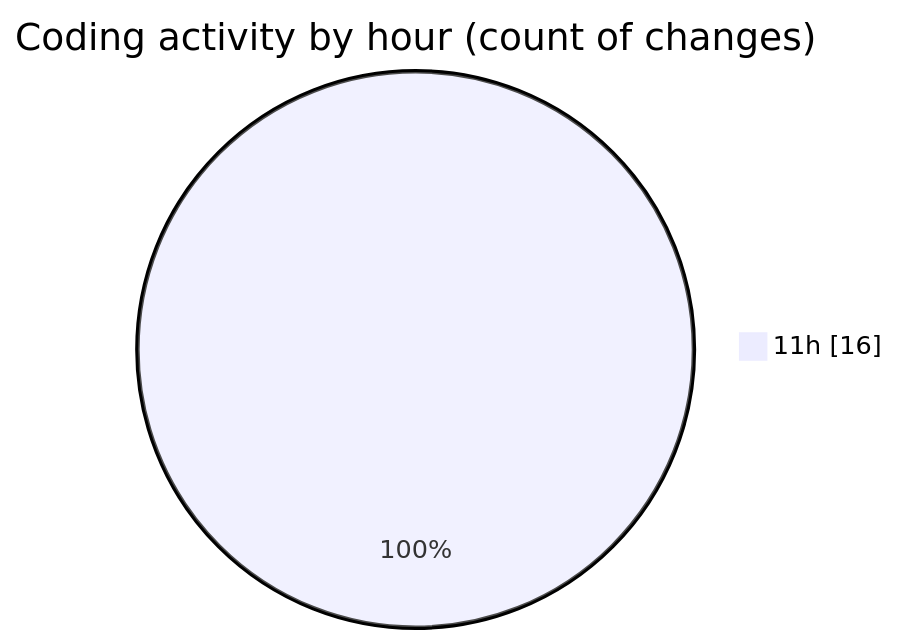
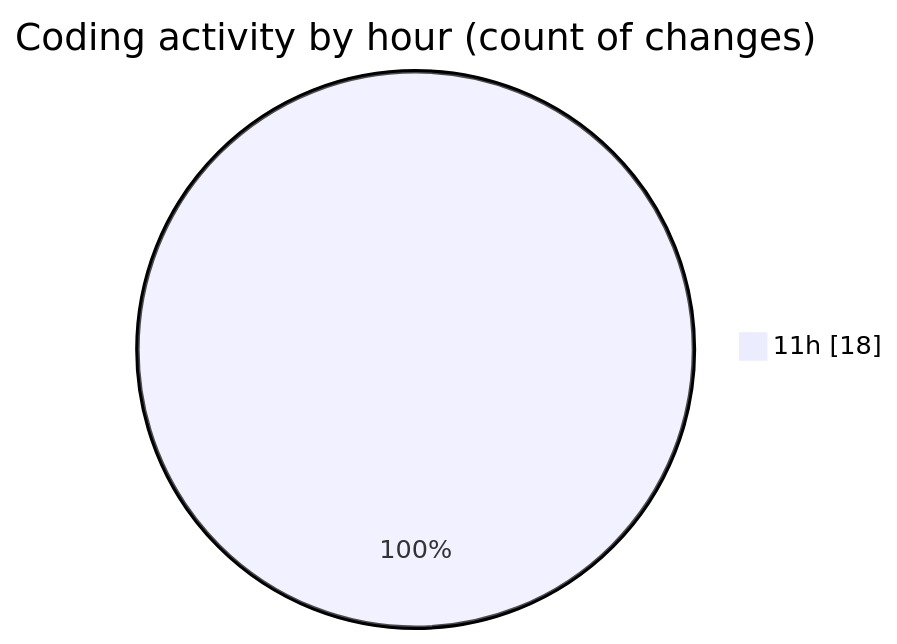
One commit to nxtqubesakshisongat/code-tracking changed the second of 2 diagrams in 2025-05-03/nxtqube_webapp/README.md. Above: the diagram before and after it, drawn with Mermaid. The commit also changed other lines of this file and 1 other file, not shown here.

````diff
--- a/2025-05-03/nxtqube_webapp/README.md
+++ b/2025-05-03/nxtqube_webapp/README.md
@@ -32,5 +32,5 @@
 ```mermaid
 pie showData
 title Coding activity by hour (count of changes)
-"11h" : 16
+"11h" : 18
 ```
````
